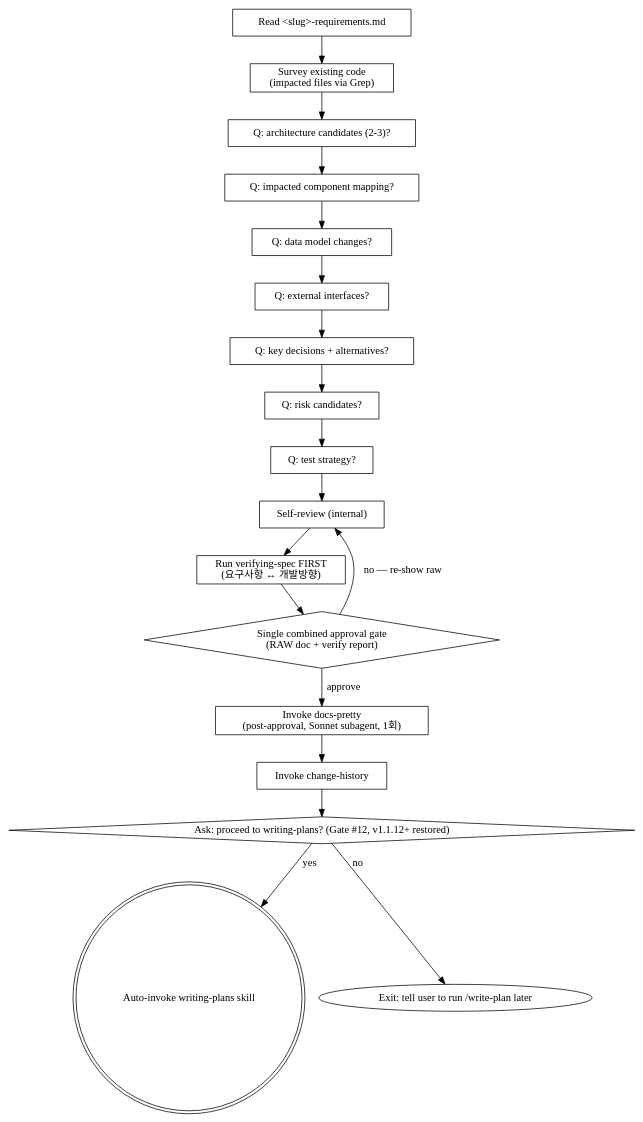
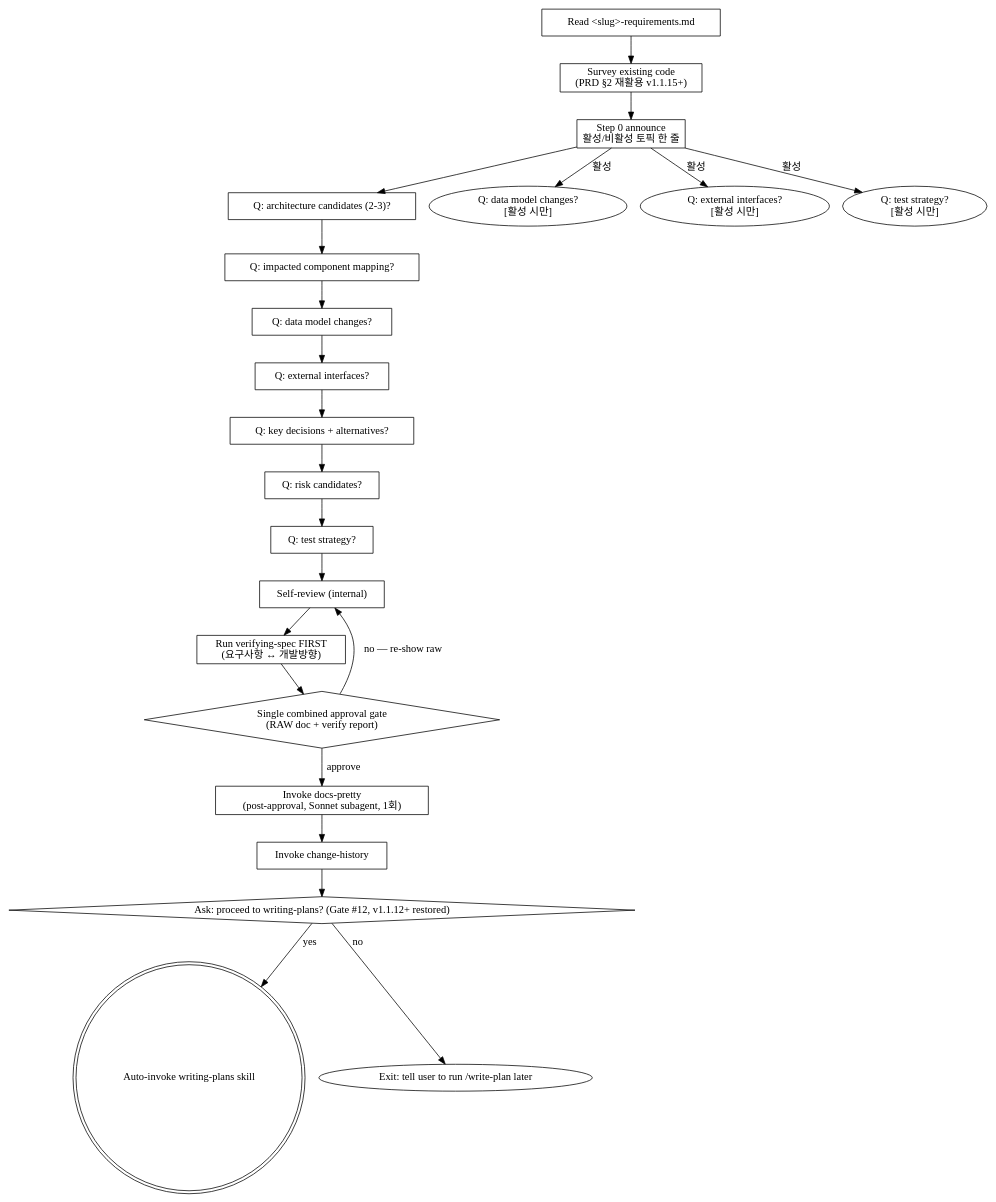
The diagram in skills/designing-direction/SKILL.md (deokjinlog/dj-superkit), drawn with Graphviz before and after one commit. The commit also changed other lines of this file, not shown here.

````diff
--- a/skills/designing-direction/SKILL.md
+++ b/skills/designing-direction/SKILL.md
@@ -60,39 +61,44 @@
 ```dot
 digraph design_flow {
     "Read <slug>-requirements.md" [shape=box];
-    "Survey existing code\n(impacted files via Grep)" [shape=box];
+    "Survey existing code\n(PRD §2 재활용 v1.1.15+)" [shape=box];
+    "Step 0 announce\n활성/비활성 토픽 한 줄" [shape=box];
     "Q: architecture candidates (2-3)?" [shape=box];
     "Q: impacted component mapping?" [shape=box];
     "Q: data model changes?" [shape=box];
     "Q: external interfaces?" [shape=box];
     "Q: key decisions + alternatives?" [shape=box];
     "Q: risk candidates?" [shape=box];
     "Q: test strategy?" [shape=box];
     "Self-review (internal)" [shape=box];
     "Run verifying-spec FIRST\n(요구사항 ↔ 개발방향)" [shape=box];
     "Single combined approval gate\n(RAW doc + verify report)" [shape=diamond];
     "Invoke docs-pretty\n(post-approval, Sonnet subagent, 1회)" [shape=box];
     "Invoke change-history" [shape=box];
     "Ask: proceed to writing-plans? (Gate #12, v1.1.12+ restored)" [shape=diamond];
     "Auto-invoke writing-plans skill" [shape=doublecircle];
     "Exit: tell user to run /write-plan later" [shape=oval];
 
-    "Read <slug>-requirements.md" -> "Survey existing code\n(impacted files via Grep)";
-    "Survey existing code\n(impacted files via Grep)" -> "Q: architecture candidates (2-3)?";
+    "Read <slug>-requirements.md" -> "Survey existing code\n(PRD §2 재활용 v1.1.15+)";
+    "Survey existing code\n(PRD §2 재활용 v1.1.15+)" -> "Step 0 announce\n활성/비활성 토픽 한 줄";
+    "Step 0 announce\n활성/비활성 토픽 한 줄" -> "Q: architecture candidates (2-3)?";
+    "Step 0 announce\n활성/비활성 토픽 한 줄" -> "Q: data model changes?\n[활성 시만]" [label="활성"];
+    "Step 0 announce\n활성/비활성 토픽 한 줄" -> "Q: external interfaces?\n[활성 시만]" [label="활성"];
+    "Step 0 announce\n활성/비활성 토픽 한 줄" -> "Q: test strategy?\n[활성 시만]" [label="활성"];
     "Q: architecture candidates (2-3)?" -> "Q: impacted component mapping?";
     "Q: impacted component mapping?" -> "Q: data model changes?";
     "Q: data model changes?" -> "Q: external interfaces?";
     "Q: external interfaces?" -> "Q: key decisions + alternatives?";
     "Q: key decisions + alternatives?" -> "Q: risk candidates?";
     "Q: risk candidates?" -> "Q: test strategy?";
     "Q: test strategy?" -> "Self-review (internal)";
     "Self-review (internal)" -> "Run verifying-spec FIRST\n(요구사항 ↔ 개발방향)";
     "Run verifying-spec FIRST\n(요구사항 ↔ 개발방향)" -> "Single combined approval gate\n(RAW doc + verify report)";
     "Single combined approval gate\n(RAW doc + verify report)" -> "Self-review (internal)" [label="no — re-show raw"];
     "Single combined approval gate\n(RAW doc + verify report)" -> "Invoke docs-pretty\n(post-approval, Sonnet subagent, 1회)" [label="approve"];
     "Invoke docs-pretty\n(post-approval, Sonnet subagent, 1회)" -> "Invoke change-history";
     "Invoke change-history" -> "Ask: proceed to writing-plans? (Gate #12, v1.1.12+ restored)";
     "Ask: proceed to writing-plans? (Gate #12, v1.1.12+ restored)" -> "Auto-invoke writing-plans skill" [label="yes"];
     "Ask: proceed to writing-plans? (Gate #12, v1.1.12+ restored)" -> "Exit: tell user to run /write-plan later" [label="no"];
 }
 ```
````
